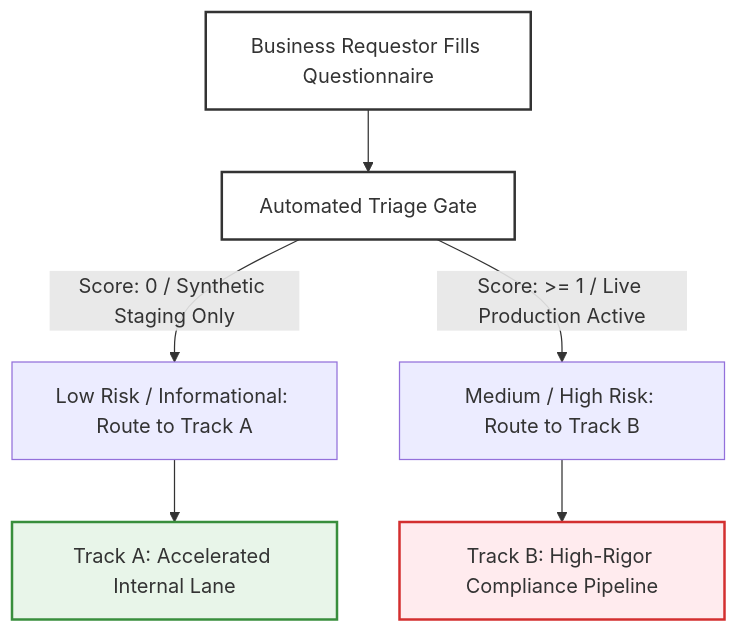
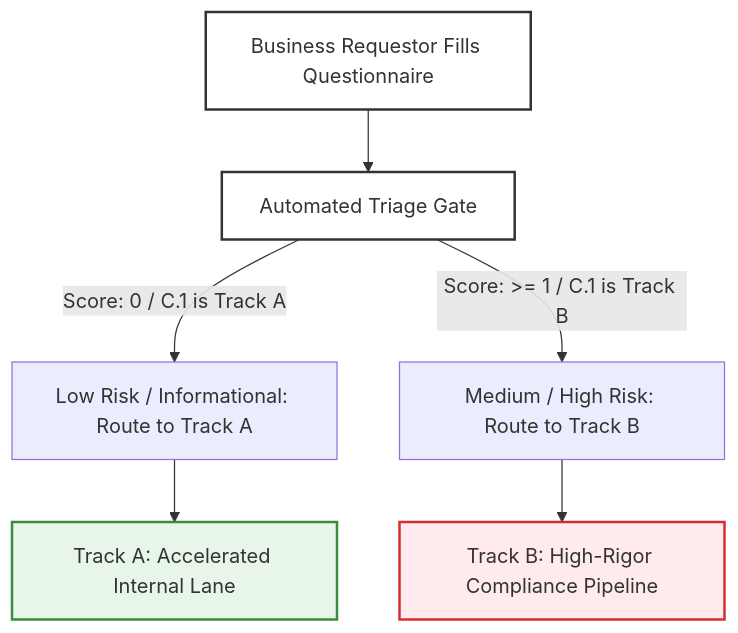
One commit to RajatSharma-AIGovernance/ai-governance-portfolio changed the diagram in 4-operational-toolkits/Supporting-Utilities/4.1-ai-system-intake-template.md. Above: the diagram before and after it, drawn with Mermaid. The commit also changed other lines of this file, not shown here.

````diff
--- a/4-operational-toolkits/Supporting-Utilities/4.1-ai-system-intake-template.md
+++ b/4-operational-toolkits/Supporting-Utilities/4.1-ai-system-intake-template.md
@@ -21,14 +21,14 @@
 ```mermaid
 graph TD
     A[Business Requestor Fills Questionnaire] --> B[Automated Triage Gate]
-    B -->|Score: 0 / Synthetic Staging Only| C[Low Risk / Informational: Route to Track A]
-    B -->|Score: >= 1 / Live Production Active| D[Medium / High Risk: Route to Track B]
+    B -->|Score: 0 / C.1 is Track A| C[Low Risk / Informational: Route to Track A]
+    B -->|Score: >= 1 / C.1 is Track B| D[Medium / High Risk: Route to Track B]
     
     C --> E[Track A: Accelerated Internal Lane]
-    D --> F[Track B: High-Rigor Compliance Pipeline]
+    D --> f[Track B: High-Rigor Compliance Pipeline]
     
     style A fill:#fff,stroke:#333,stroke-width:2px
     style B fill:#fff,stroke:#333,stroke-width:2px
     style E fill:#e8f5e9,stroke:#388e3c,stroke-width:2px
-    style F fill:#ffebee,stroke:#d32f2f,stroke-width:2px
+    style f fill:#ffebee,stroke:#d32f2f,stroke-width:2px
 ```
````
